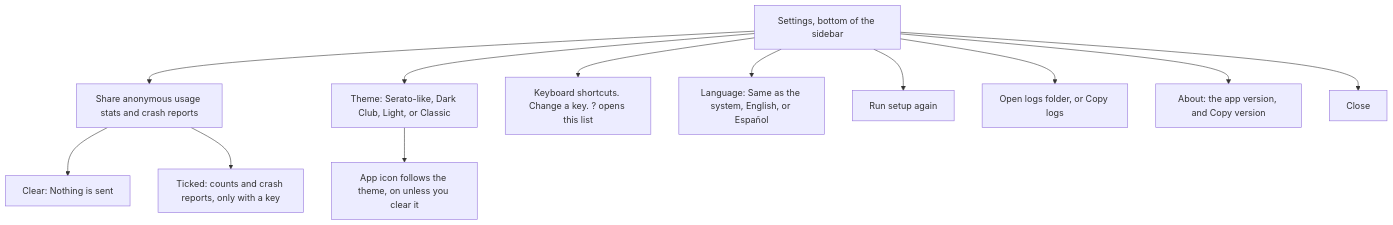
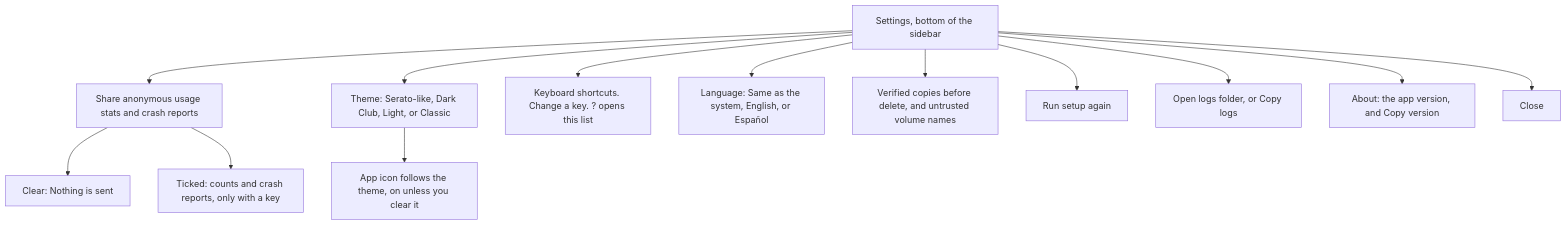
Before and after one commit to mookiejones/crateCraft: the diagram in docs/wiki/Settings.md, drawn with Mermaid. The commit also changed other lines of this file and 53 other files, not shown here.

First line of the commit message:
feat(copies): gate prune and duplicate delete

````diff
--- a/docs/wiki/Settings.md
+++ b/docs/wiki/Settings.md
@@ -8,14 +8,15 @@
 ```mermaid
 flowchart TD
   rail["Settings, bottom of the sidebar"] --> box["Share anonymous usage stats and crash reports"]
   box --> off["Clear: Nothing is sent"]
   box --> on["Ticked: counts and crash reports, only with a key"]
   rail --> theme["Theme: Serato-like, Dark Club, Light, or Classic"]
   theme --> icon["App icon follows the theme, on unless you clear it"]
   rail --> keys["Keyboard shortcuts. Change a key. ? opens this list"]
   rail --> language["Language: Same as the system, English, or Español"]
+  rail --> copies["Verified copies before delete, and untrusted volume names"]
   rail --> again["Run setup again"]
   rail --> logs["Open logs folder, or Copy logs"]
   rail --> about["About: the app version, and Copy version"]
   rail --> close["Close"]
 ```
````
